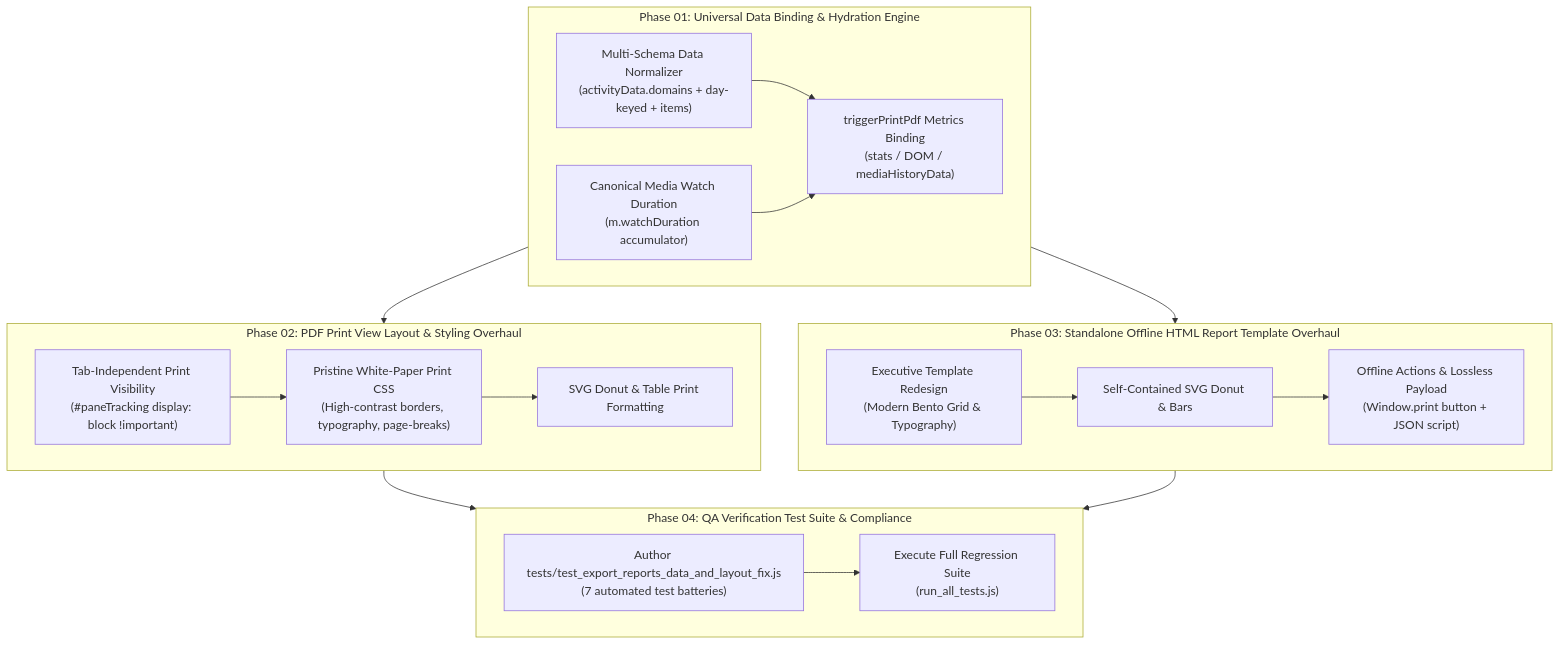
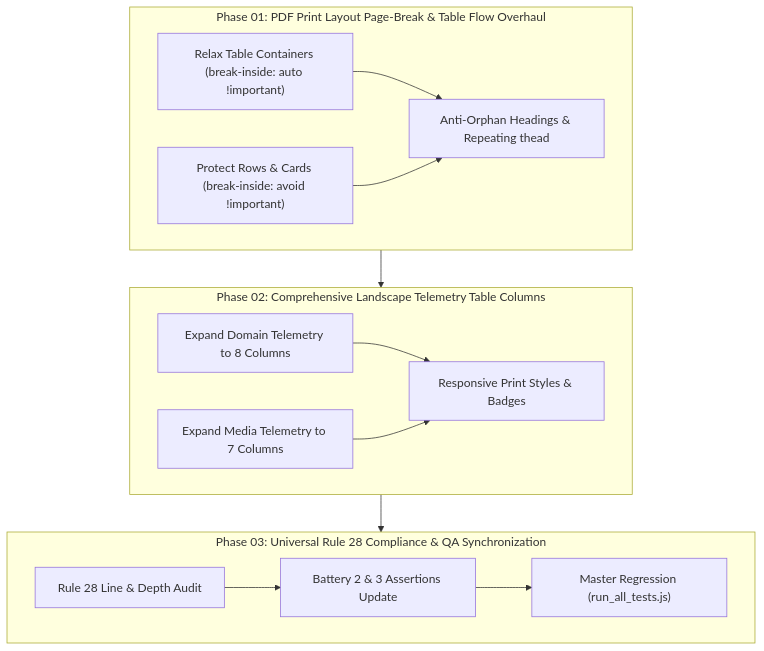
One commit to aiprincekumar/Win-App-Tracker changed the diagram in Browser Detection/temp_prompt/export_reports_data_and_layout_fix/SUMMARY.md. Above: the diagram before and after it, drawn with Mermaid. The commit also changed other lines of this file and 11 other files, not shown here.

Commit message:
feat(reports): overhaul print page-break flow and expand telemetry tables in landscape mode

````diff
--- a/Browser Detection/temp_prompt/export_reports_data_and_layout_fix/SUMMARY.md
+++ b/Browser Detection/temp_prompt/export_reports_data_and_layout_fix/SUMMARY.md
@@ -29,37 +30,29 @@
 ```mermaid
 flowchart TD
-    subgraph Phase1 ["Phase 01: Universal Data Binding & Hydration Engine"]
-        P1A["Multi-Schema Data Normalizer<br/>(activityData.domains + day-keyed + items)"]
-        P1B["Canonical Media Watch Duration<br/>(m.watchDuration accumulator)"]
-        P1C["triggerPrintPdf Metrics Binding<br/>(stats / DOM / mediaHistoryData)"]
+    subgraph Phase1 ["Phase 01: PDF Print Layout Page-Break & Table Flow Overhaul"]
+        P1A["Relax Table Containers (break-inside: auto !important)"]
+        P1B["Protect Rows & Cards (break-inside: avoid !important)"]
+        P1C["Anti-Orphan Headings & Repeating thead"]
         P1A --> P1C
         P1B --> P1C
     end
 
-    subgraph Phase2 ["Phase 02: PDF Print View Layout & Styling Overhaul"]
-        P2A["Tab-Independent Print Visibility<br/>(#paneTracking display: block !important)"]
-        P2B["Pristine White-Paper Print CSS<br/>(High-contrast borders, typography, page-breaks)"]
-        P2C["SVG Donut & Table Print Formatting"]
-        P2A --> P2B
+    subgraph Phase2 ["Phase 02: Comprehensive Landscape Telemetry Table Columns"]
+        P2A["Expand Domain Telemetry to 8 Columns"]
+        P2B["Expand Media Telemetry to 7 Columns"]
+        P2C["Responsive Print Styles & Badges"]
+        P2A --> P2C
         P2B --> P2C
     end
 
-    subgraph Phase3 ["Phase 03: Standalone Offline HTML Report Template Overhaul"]
-        P3A["Executive Template Redesign<br/>(Modern Bento Grid & Typography)"]
-        P3B["Self-Contained SVG Donut & Bars"]
-        P3C["Offline Actions & Lossless Payload<br/>(Window.print button + JSON script)"]
+    subgraph Phase3 ["Phase 03: Universal Rule 28 Compliance & QA Synchronization"]
+        P3A["Rule 28 Line & Depth Audit"]
+        P3B["Battery 2 & 3 Assertions Update"]
+        P3C["Master Regression (run_all_tests.js)"]
         P3A --> P3B
         P3B --> P3C
     end
 
-    subgraph Phase4 ["Phase 04: QA Verification Test Suite & Compliance"]
-        P4A["Author tests/test_export_reports_data_and_layout_fix.js<br/>(7 automated test batteries)"]
-        P4B["Execute Full Regression Suite<br/>(run_all_tests.js)"]
-        P4A --> P4B
-    end
-
     Phase1 --> Phase2
-    Phase1 --> Phase3
-    Phase2 --> Phase4
-    Phase3 --> Phase4
+    Phase2 --> Phase3
 ```
````
